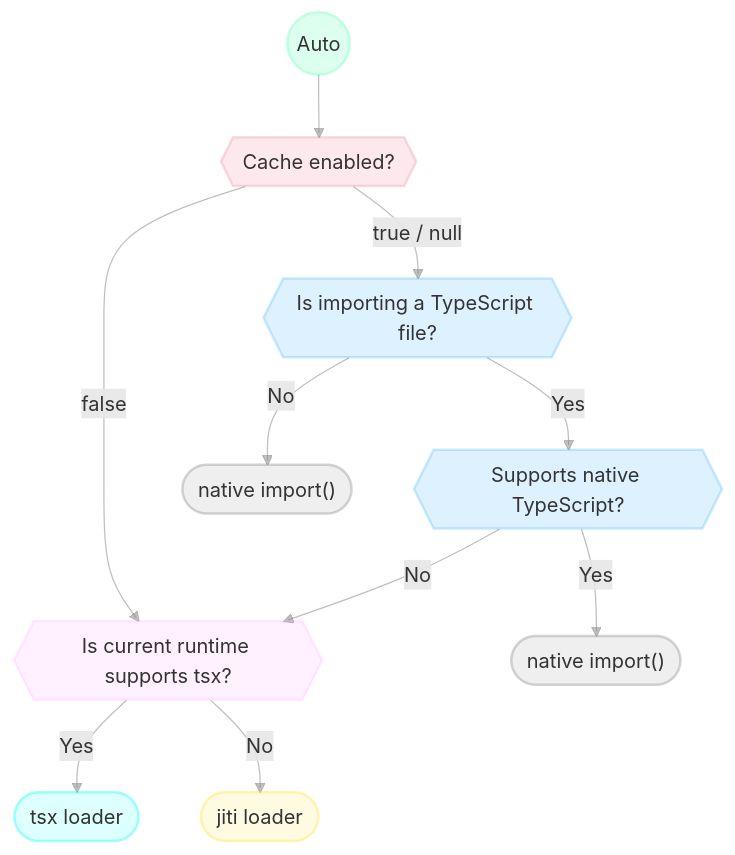
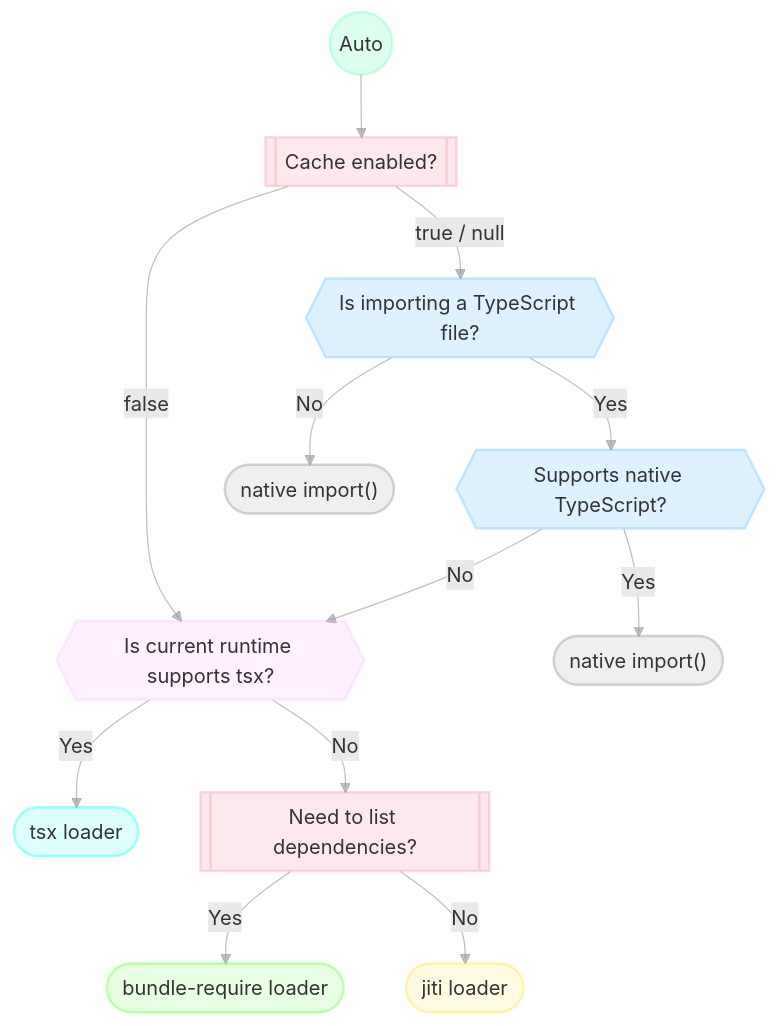
One commit to antfu-collective/importx changed the diagram in README.md. Above: the diagram before and after it, drawn with Mermaid. The commit also changed other lines of this file and 3 other files, not shown here.

Commit message:
feat: support explicit `listDependencies` options

````diff
--- a/README.md
+++ b/README.md
@@ -45,41 +45,48 @@
 ```mermaid
 graph TD
   A((Auto)) --> Cache
 
   Cache --> |false| RuntimeTsx
   Cache --> |true / null| IsTS
 
   IsTS --> |Yes| SupportTs
   IsTS --> |No| Native1
 
   SupportTs --> |No| RuntimeTsx
   SupportTs --> |Yes| Native2
 
   RuntimeTsx --> |Yes| Tsx
-  RuntimeTsx --> |No| Jiti
+  RuntimeTsx --> |No| ListDeps
+
+  ListDeps --> |Yes| BundleRequire
+  ListDeps --> |No| Jiti
 
   IsTS{{"Is importing a TypeScript file?"}}
   SupportTs{{"Supports native TypeScript?"}}
-  Cache{{"Cache enabled?"}}
+  Cache[["Cache enabled?"]]
   Native1(["native import()"])
   Native2(["native import()"])
   RuntimeTsx{{"Is current runtime supports tsx?"}}
+  ListDeps[["Need to list dependencies?"]]
   Tsx([tsx loader])
   Jiti([jiti loader])
+  BundleRequire([bundle-require loader])
 
   classDef auto fill:#0f82,stroke:#0f83,stroke-width:2px;
   classDef question fill:#f9f2,stroke:#f9f3,stroke-width:2px;
   classDef cache fill:#eb527120,stroke:#eb527133,stroke-width:2px;
   classDef native fill:#8882,stroke:#8883,stroke-width:2px;
   classDef ts fill:#09f2,stroke:#09f3,stroke-width:2px;
   classDef tsx fill:#0fe2,stroke:#0fe3,stroke-width:2px;
   classDef jiti fill:#ffde2220,stroke:#ffde2230,stroke-width:2px;
+  classDef bundle fill:#5f32,stroke:#5f33,stroke-width:2px;
   class A auto;
   class RuntimeTsx question;
-  class Cache cache;
+  class Cache,ListDeps cache;
   class Native1,Native2,Native3 native;
   class IsTS,SupportTs ts;
   class Tsx tsx;
   class Jiti jiti;
+  class BundleRequire bundle;
   linkStyle default stroke:#8888
 ```
````
